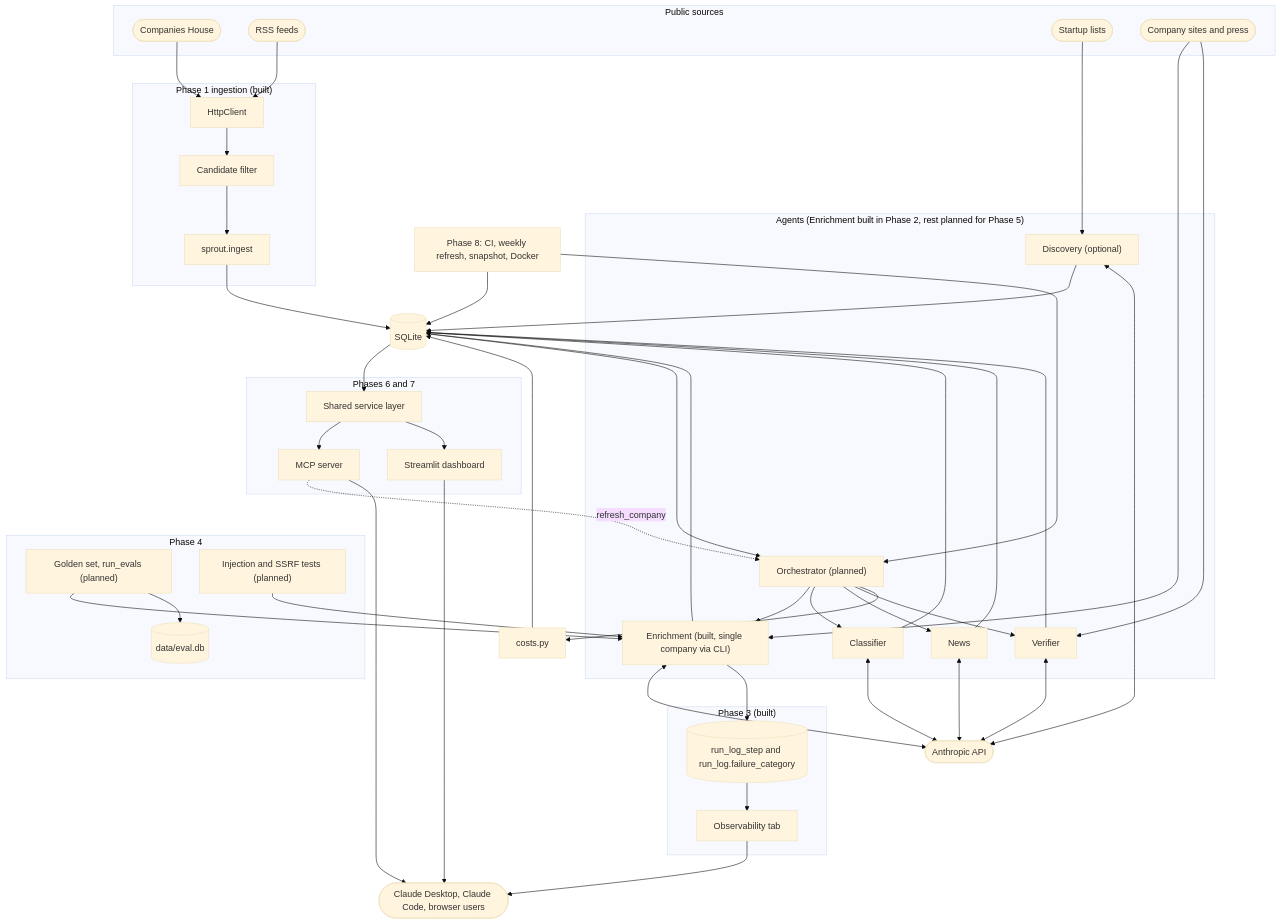
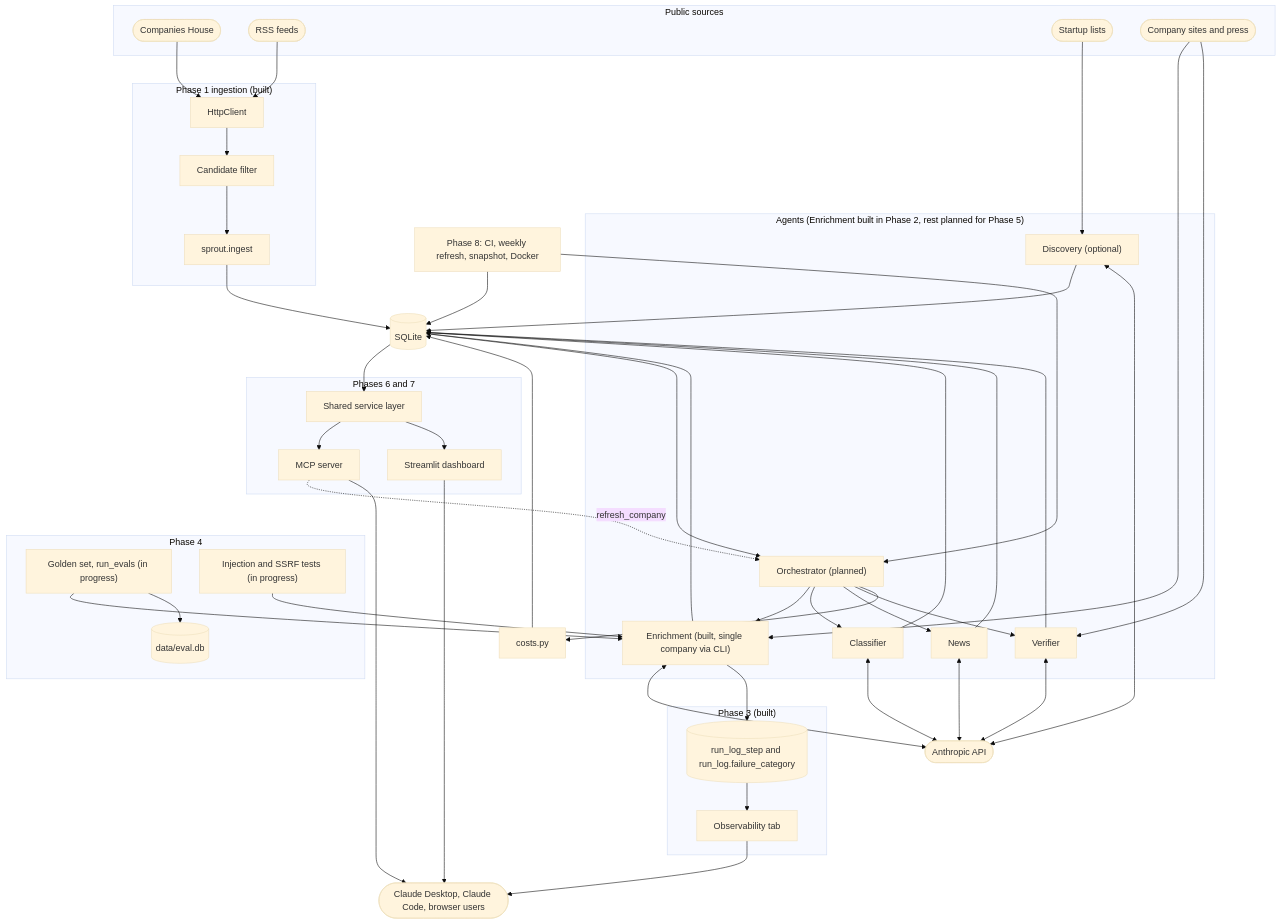
The second of 2 diagrams in docs/architecture/1. overview.md (Farzaanee/sprout), drawn with Mermaid (base theme) before and after one commit. The commit also changed other lines of this file and 11 other files, not shown here.

Commit message:
update architecture docs for phase 4 - Evals & guardrails

````diff
--- a/docs/architecture/1. overview.md
+++ b/docs/architecture/1. overview.md
@@ -87,80 +88,80 @@
 ```mermaid
 flowchart TB
     subgraph SOURCES["Public sources"]
         CH(["Companies House"])
         RSSF(["RSS feeds"])
         LISTS(["Startup lists"])
         SITES(["Company sites and press"])
     end
     subgraph ING["Phase 1 ingestion (built)"]
         HTTPL["HttpClient"]
         CAND["Candidate filter"]
         INGEST["sprout.ingest"]
     end
     SQL[("SQLite")]
     subgraph PIPE["Agents (Enrichment built in Phase 2, rest planned for Phase 5)"]
         ORCH["Orchestrator (planned)"]
         ENR["Enrichment (built, single company via CLI)"]
         CLS["Classifier"]
         NEWS["News"]
         VER["Verifier"]
         DISC["Discovery (optional)"]
     end
     LLM(["Anthropic API"])
     COST["costs.py"]
     subgraph SERVE["Phases 6 and 7"]
         SVC["Shared service layer"]
         MCP["MCP server"]
         DASH["Streamlit dashboard"]
     end
     subgraph QA["Phase 4"]
-        EVALS["Golden set, run_evals (planned)"]
+        EVALS["Golden set, run_evals (in progress)"]
         EDB[("data/eval.db")]
-        GUARDS["Injection and SSRF tests (planned)"]
+        GUARDS["Injection and SSRF tests (in progress)"]
     end
     subgraph OBSG["Phase 3 (built)"]
         STEPS[("run_log_step and run_log.failure_category")]
         OBSUI["Observability tab"]
     end
     CLIENTS(["Claude Desktop, Claude Code, browser users"])
     AUTO["Phase 8: CI, weekly refresh, snapshot, Docker"]
     CH --> HTTPL
     RSSF --> HTTPL
     HTTPL --> CAND
     CAND --> INGEST
     INGEST --> SQL
     SQL --> ORCH
     ORCH --> ENR
     ORCH --> CLS
     ORCH --> NEWS
     ORCH --> VER
     DISC --> SQL
     LISTS --> DISC
     SITES --> ENR
     SITES --> VER
     ENR <--> LLM
     CLS <--> LLM
     NEWS <--> LLM
     VER <--> LLM
     DISC <--> LLM
     ENR --> SQL
     CLS --> SQL
     NEWS --> SQL
     VER --> SQL
     ORCH --> COST
     COST --> SQL
     SQL --> SVC
     SVC --> MCP
     SVC --> DASH
     MCP -. "refresh_company" .-> ORCH
     MCP --> CLIENTS
     DASH --> CLIENTS
     ENR --> STEPS
     STEPS --> OBSUI
     OBSUI --> CLIENTS
     EVALS --> ENR
     EVALS --> EDB
     GUARDS --> ENR
     AUTO --> ORCH
     AUTO --> SQL
 ```
````
